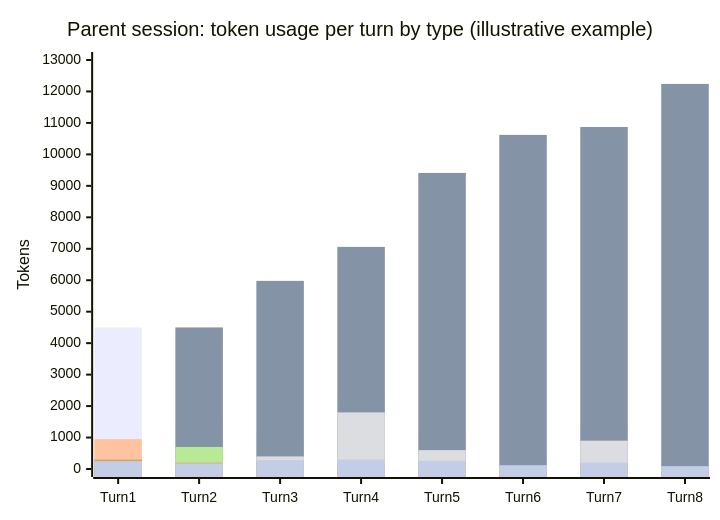
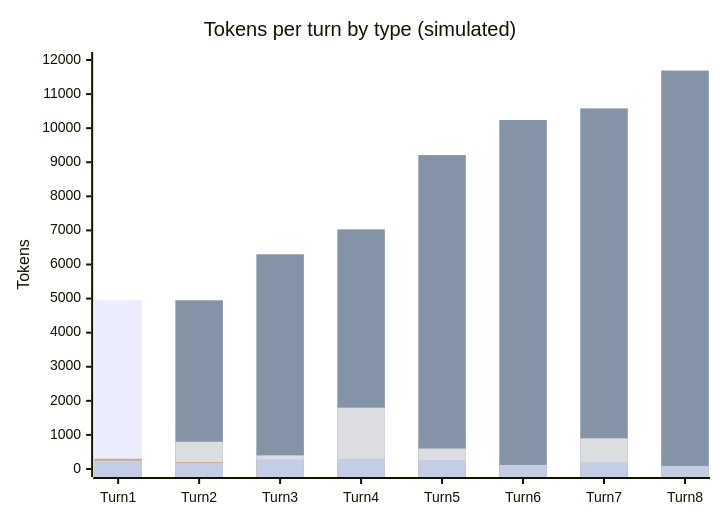
Before and after one commit to raulkivi/agent-cost-analyzer: the diagram in docs/scenarios/01-cache-basics-8-turn-session.md, drawn with Mermaid. The commit also changed other lines of this file and 109 other files, not shown here.

````diff
--- a/docs/scenarios/01-cache-basics-8-turn-session.md
+++ b/docs/scenarios/01-cache-basics-8-turn-session.md
@@ -144,13 +47,13 @@
 ```mermaid
 xychart-beta
-    title "Parent session: token usage per turn by type (illustrative example)"
+    title "Tokens per turn by type (simulated)"
     x-axis [Turn1, Turn2, Turn3, Turn4, Turn5, Turn6, Turn7, Turn8]
-    y-axis "Tokens" 0 --> 13000
-    bar "Cache write" [4500, 1480, 1080, 2350, 1210, 250, 1370, 180]
-    bar "Cache read" [0, 4500, 5980, 7060, 9410, 10620, 10870, 12240]
-    bar "Uncached input" [950, 300, 150, 100, 130, 80, 90, 60]
-    bar "Tool" [0, 100, 400, 1800, 600, 0, 900, 0]
-    bar "Vision" [0, 700, 0, 0, 0, 0, 0, 0]
+    y-axis "Tokens" 0 --> 12000
+    bar "Cache write" [4950, 1350, 730, 2180, 1030, 340, 1110, 260]
+    bar "Cache read" [0, 4950, 6300, 7030, 9210, 10240, 10580, 11690]
+    bar "Uncached input" [0, 0, 0, 0, 0, 0, 0, 0]
+    bar "Tool" [0, 800, 400, 1800, 600, 0, 900, 0]
+    bar "Vision" [0, 0, 0, 0, 0, 0, 0, 0]
     bar "Reasoning" [300, 200, 250, 150, 220, 50, 180, 30]
     bar "Output text" [250, 180, 280, 300, 260, 120, 200, 90]
 ```
````
